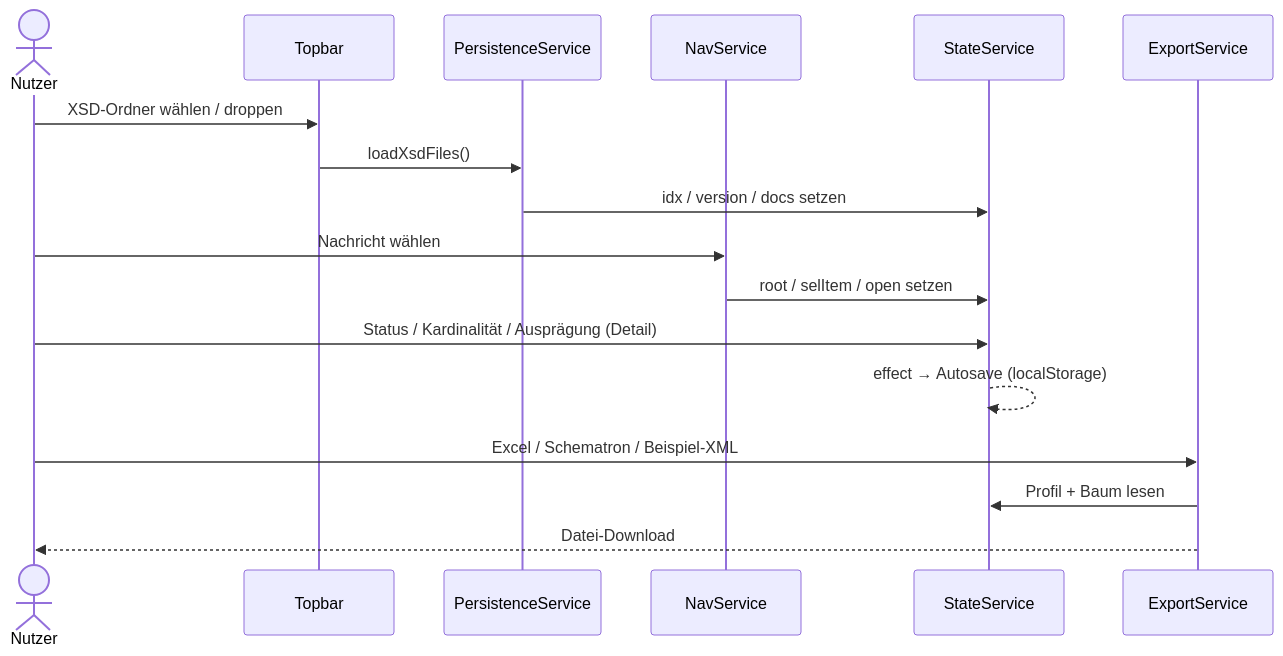
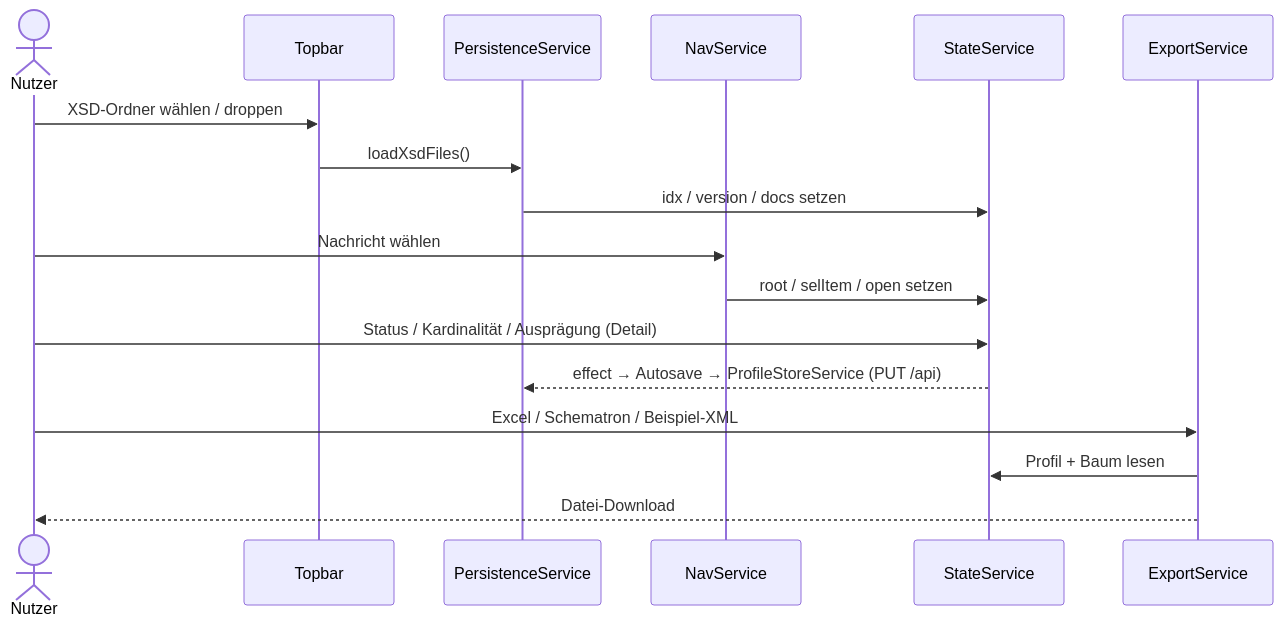
Before and after one commit to FinnFreiheit/Profilierer: the third of 4 diagrams in docs/architecture.md, drawn with Mermaid. The commit also changed other lines of this file and 24 other files, not shown here.

````diff
--- a/docs/architecture.md
+++ b/docs/architecture.md
@@ -61,19 +63,19 @@
 ```mermaid
 sequenceDiagram
   actor U as Nutzer
   participant TB as Topbar
   participant PS as PersistenceService
   participant NV as NavService
   participant ST as StateService
   participant EX as ExportService
   U->>TB: XSD-Ordner wählen / droppen
   TB->>PS: loadXsdFiles()
   PS->>ST: idx / version / docs setzen
   U->>NV: Nachricht wählen
   NV->>ST: root / selItem / open setzen
   U->>ST: Status / Kardinalität / Ausprägung (Detail)
-  ST-->>ST: effect → Autosave (localStorage)
+  ST-->>PS: effect → Autosave → ProfileStoreService (PUT /api)
   U->>EX: Excel / Schematron / Beispiel-XML
   EX->>ST: Profil + Baum lesen
   EX-->>U: Datei-Download
 ```
````
